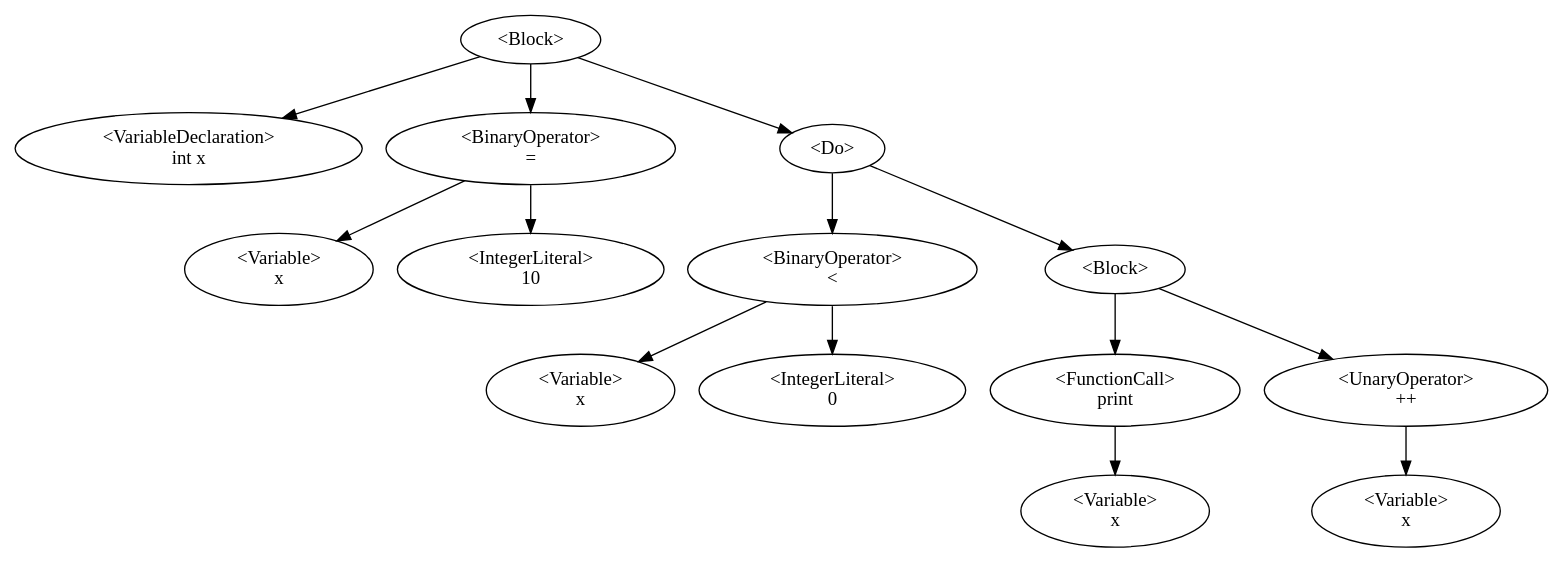
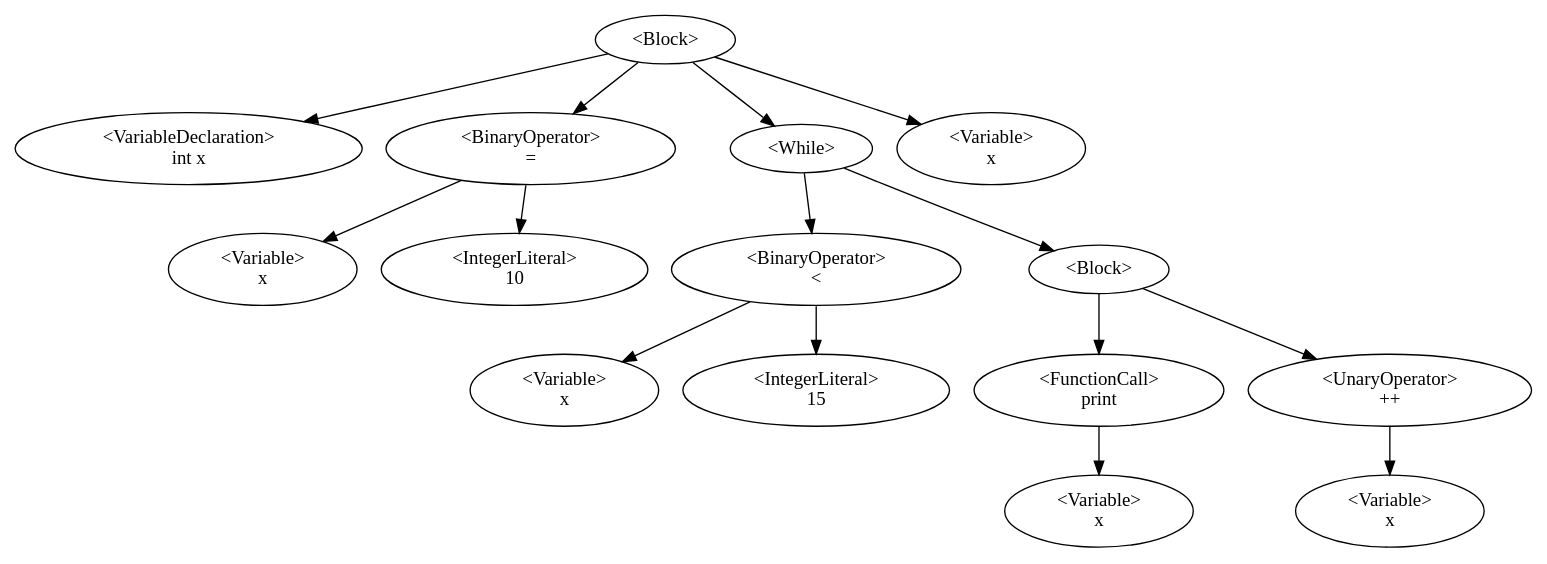
The diagram in Dino/Dino/AstDisplay.gv (QazmoQwerty/dino), drawn with Graphviz before and after one commit. The commit also changed 1 other file, not shown here.

Commit message:
some changes to do-while parsing

```diff
--- a/Dino/Dino/AstDisplay.gv
+++ b/Dino/Dino/AstDisplay.gv
@@ -1,16 +1,17 @@
 digraph G {
-0 [label="<Block>"];0->1;0->3;0->5;
+0 [label="<Block>"];0->1;0->3;0->5;0->15;
 1 [label="<VariableDeclaration>\nint x"];
 3 [label="<BinaryOperator>\n="];3->2;3->4;
 2 [label="<Variable>\nx"];
 4 [label="<IntegerLiteral>\n10"];
-5 [label="<Do>"];5->13;5->6;
-13 [label="<BinaryOperator>\n<"];13->12;13->14;
+5 [label="<While>"];5->7;5->9;
+7 [label="<BinaryOperator>\n<"];7->6;7->8;
+6 [label="<Variable>\nx"];
+8 [label="<IntegerLiteral>\n15"];
+9 [label="<Block>"];9->11;9->13;
+11 [label="<FunctionCall>\nprint"];11->12;
 12 [label="<Variable>\nx"];
-14 [label="<IntegerLiteral>\n0"];
-6 [label="<Block>"];6->8;6->10;
-8 [label="<FunctionCall>\nprint"];8->9;
-9 [label="<Variable>\nx"];
-10 [label="<UnaryOperator>\n++"];10->11;
-11 [label="<Variable>\nx"];
+13 [label="<UnaryOperator>\n++"];13->14;
+14 [label="<Variable>\nx"];
+15 [label="<Variable>\nx"];
 }
```
